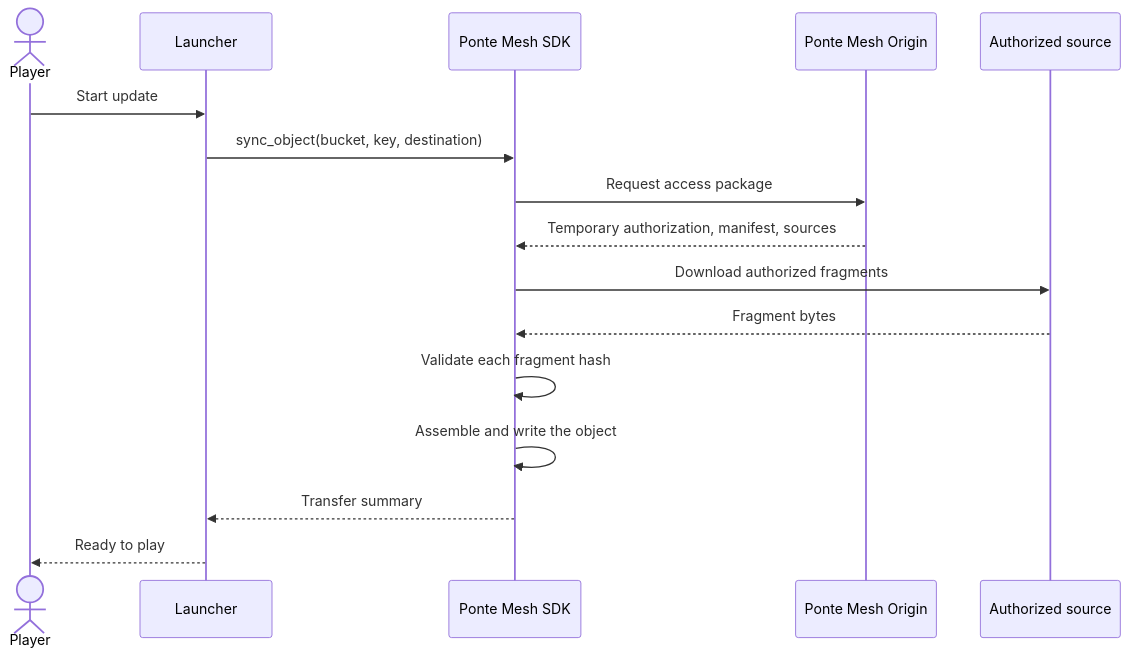
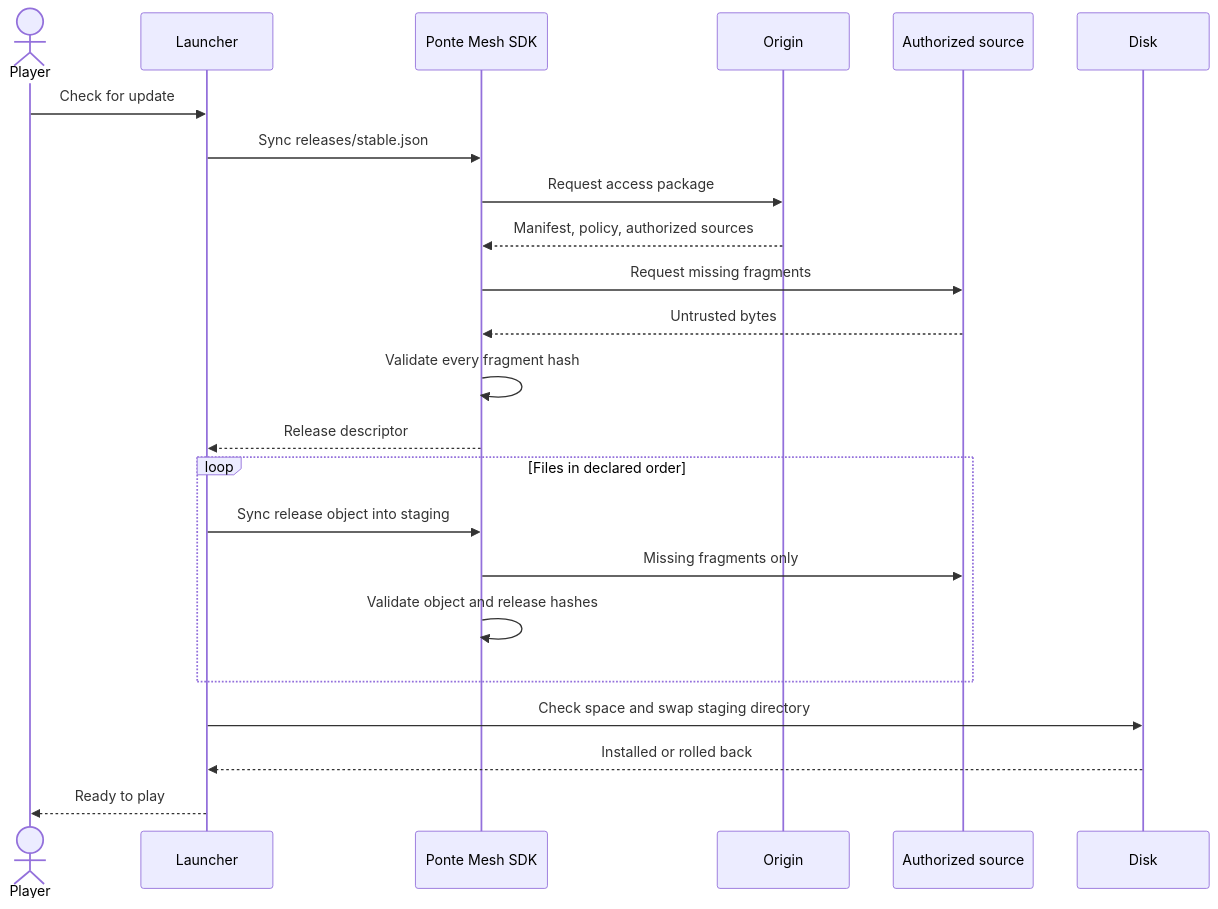
The first of 3 diagrams in docs/HOW_IT_WORKS.md (fhfelipefh/pontemesh-game-launcher-example), drawn with Mermaid before and after one commit. The commit also changed other lines of this file and 13 other files, not shown here.

First line of the commit message:
Example 0.2.0: production-style game updater flow (#1)

````diff
--- a/docs/HOW_IT_WORKS.md
+++ b/docs/HOW_IT_WORKS.md
@@ -7,19 +9,26 @@
 ```mermaid
 sequenceDiagram
     actor Player
     participant Launcher
     participant SDK as Ponte Mesh SDK
-    participant Origin as Ponte Mesh Origin
+    participant Origin
     participant Source as Authorized source
+    participant Disk
 
-    Player->>Launcher: Start update
-    Launcher->>SDK: sync_object(bucket, key, destination)
+    Player->>Launcher: Check for update
+    Launcher->>SDK: Sync releases/stable.json
     SDK->>Origin: Request access package
-    Origin-->>SDK: Temporary authorization, manifest, sources
-    SDK->>Source: Download authorized fragments
-    Source-->>SDK: Fragment bytes
-    SDK->>SDK: Validate each fragment hash
-    SDK->>SDK: Assemble and write the object
-    SDK-->>Launcher: Transfer summary
+    Origin-->>SDK: Manifest, policy, authorized sources
+    SDK->>Source: Request missing fragments
+    Source-->>SDK: Untrusted bytes
+    SDK->>SDK: Validate every fragment hash
+    SDK-->>Launcher: Release descriptor
+    loop Files in declared order
+        Launcher->>SDK: Sync release object into staging
+        SDK->>Source: Missing fragments only
+        SDK->>SDK: Validate object and release hashes
+    end
+    Launcher->>Disk: Check space and swap staging directory
+    Disk-->>Launcher: Installed or rolled back
     Launcher-->>Player: Ready to play
 ```
````
